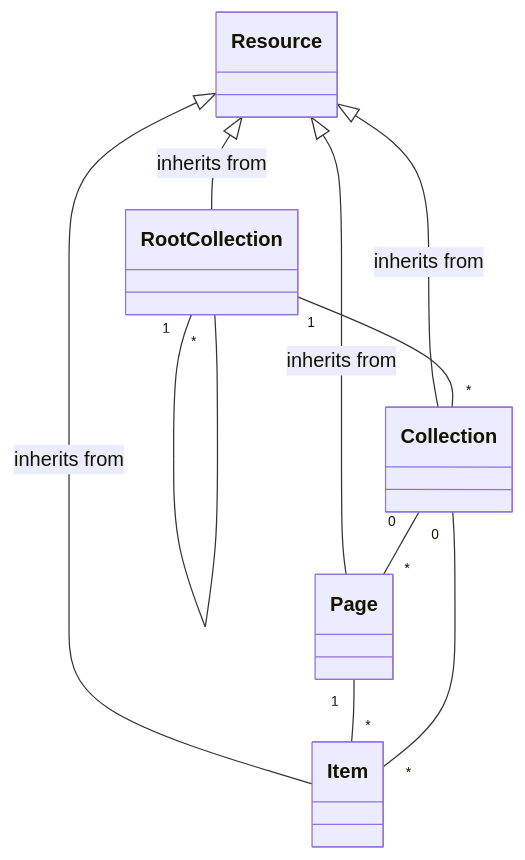
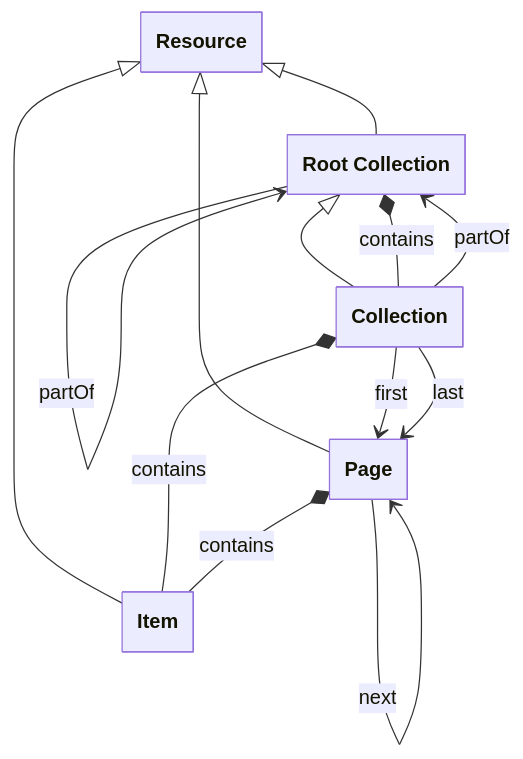
Before and after one commit to netwerk-digitaal-erfgoed/netwerk-digitaal-erfgoed.github.io: the diagram in docs/requirements/data-layer-api/rest/resources.md, drawn with Mermaid. The commit also changed other lines of this file, not shown here.

Commit message:
docs(data-layer-api): update resource definitions and diagrams

````diff
--- a/docs/requirements/data-layer-api/rest/resources.md
+++ b/docs/requirements/data-layer-api/rest/resources.md
@@ -34,19 +34,29 @@
 ```mermaid
+---
+  config:
+    class:
+      hideEmptyMembersBox: true
+---
 classDiagram
 class Resource
-class RootCollection
+class RootCollection["Root Collection"]
 class Collection
 class Page
 class Item
 
-Resource <|-- RootCollection : inherits from
-Resource <|-- Collection : inherits from
-Resource <|-- Page : inherits from
-Resource <|-- Item : inherits from
+Resource <|-- RootCollection
+RootCollection <|-- Collection
+Resource <|-- Page
+Resource <|-- Item
 
-RootCollection "1" -- "*" RootCollection
-RootCollection "1" -- "*" Collection
-Collection "0" -- "*" Page
-Page "1" -- "*" Item
-Collection "0" -- "*" Item
+RootCollection *-- RootCollection : contains
+RootCollection *-- Collection : contains
+RootCollection --> RootCollection : partOf
+Collection --> RootCollection : partOf
+Collection --> Page : first
+Collection --> Page : last
+Collection *-- Item : contains
+Page --> Page : prev
+Page --> Page : next
+Page *-- Item : contains
 ```
````
